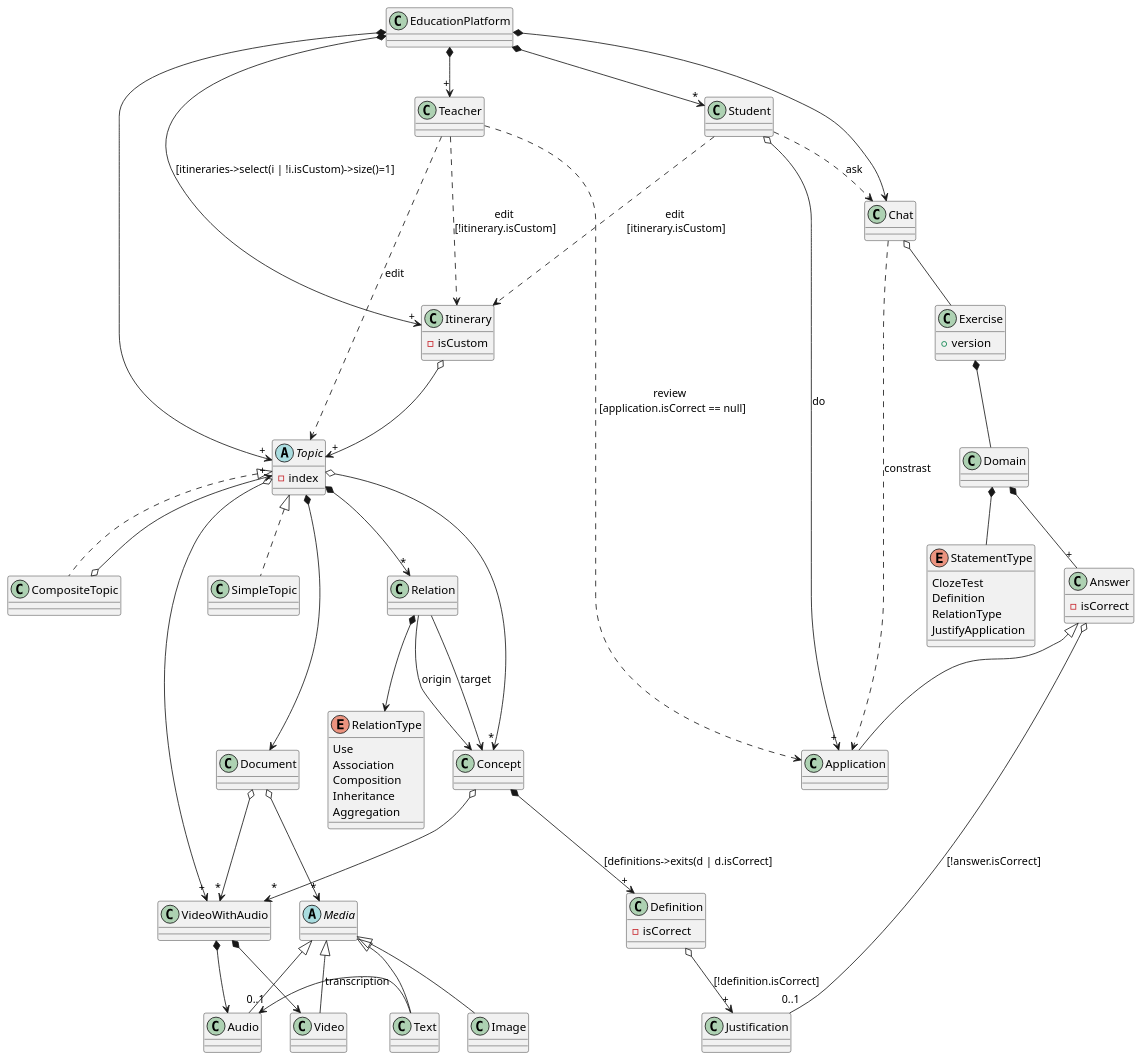
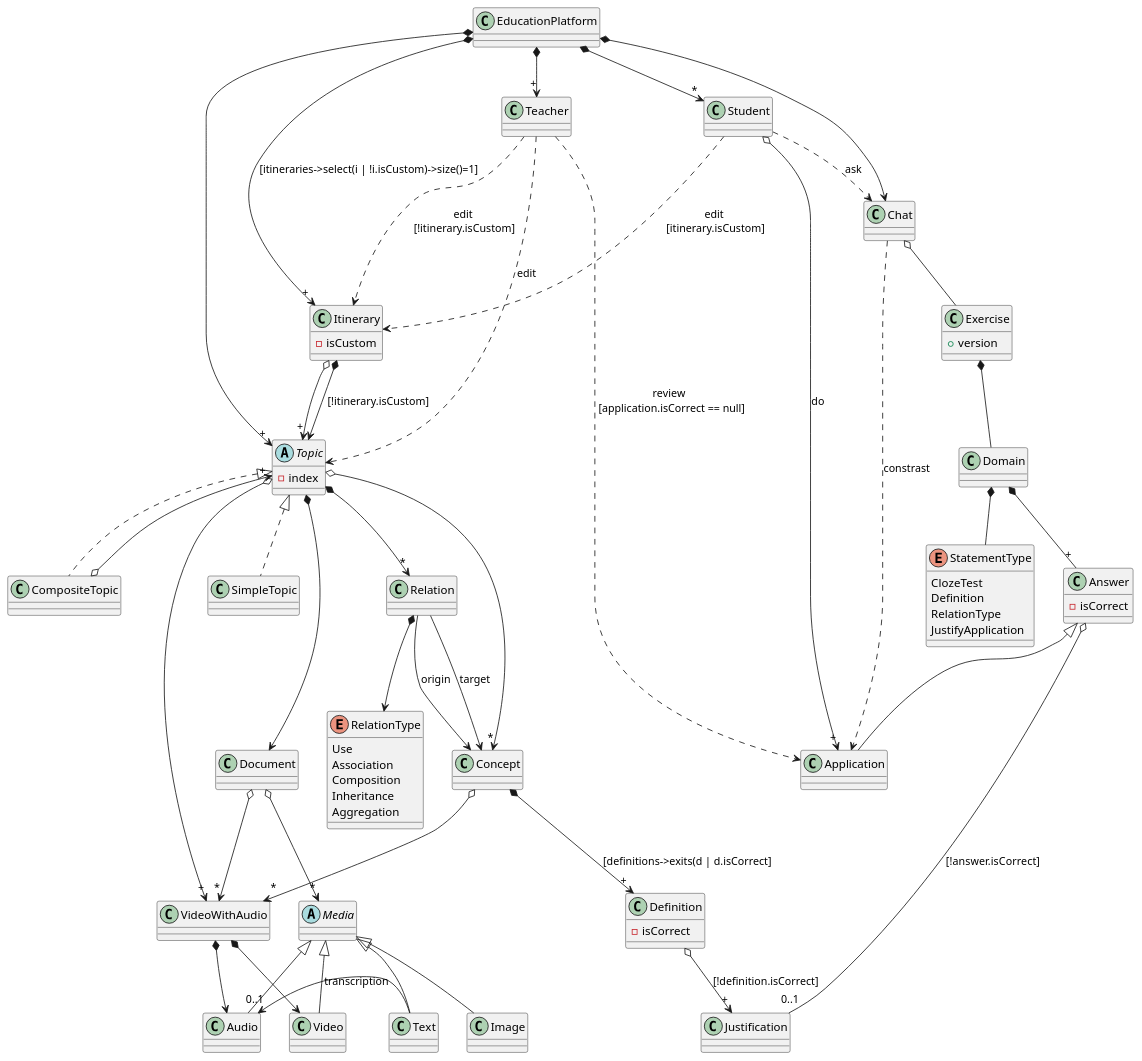
One commit to jumpering/lab-turing changed the diagram in Diagrams/EducationPlatform/DomainJuanpisPerspective.puml. Above: the diagram before and after it, drawn with PlantUML.

```diff
--- a/Diagrams/EducationPlatform/DomainJuanpisPerspective.puml
+++ b/Diagrams/EducationPlatform/DomainJuanpisPerspective.puml
@@ -1,93 +1,95 @@
 @startuml
 
 class Itinerary {
     - isCustom
 }
 
+Itinerary o--> "+" Topic 
+Itinerary *--> Topic:[!itinerary.isCustom]
+'[!itinerary.isCustom.topics->size()=1 \nand topics->first().oclIsTypeOf(CompositeTopic)]
+
 EducationPlatform *--> "+" Teacher
 EducationPlatform *--> "*" Student
 EducationPlatform *--> "+" Topic
 EducationPlatform *--> "+" Itinerary: [itineraries->select(i | !i.isCustom)->size()=1]
 EducationPlatform *--> Chat
-
-Itinerary o--> "+" Topic
 
 class Exercise{
     + version
 }
 Exercise *-- Domain
 
 Domain *-- "+" Answer
 Domain *-- StatementType
 
 enum StatementType{
     ClozeTest
     Definition
     RelationType
     JustifyApplication
 }
 
 class Answer{
     - isCorrect
 }
 Answer o-- "0..1" Justification: [!answer.isCorrect]
 Answer <|-- Application
 
 Teacher ..> Application: review \n [application.isCorrect == null]
 Teacher ..> Topic: edit
 Teacher ...> Itinerary: edit \n[!itinerary.isCustom]
 
 Chat o-- Exercise
 Chat ..> Application: constrast
 
 Student ...> Itinerary: edit \n[itinerary.isCustom]
 Student o--> "+" Application: do
 Student ..> Chat: ask
 
 abstract Topic{
     - index
 }
 Topic <|.. CompositeTopic
 Topic <|.. SimpleTopic
 Topic o--> "*" Concept
 Topic *--> Document
 Topic *--> "*" Relation
 Topic o--> "+" VideoWithAudio
 
 CompositeTopic o--> "+" Topic
 
 Concept *--> "+" Definition: [definitions->exits(d | d.isCorrect]
 Concept o--> "*" VideoWithAudio
 
 Relation --> Concept: origin
 Relation --> Concept: target
 Relation *--> RelationType
 
 enum RelationType {
     Use
     Association
     Composition
     Inheritance
     Aggregation
 } 
 
 class Definition {
     - isCorrect
 }
 Definition o-->"+" Justification: [!definition.isCorrect]
 
 Document o--> "*" VideoWithAudio
 Document o--> "*" Media
 
 VideoWithAudio *--> Audio
 VideoWithAudio *--> Video
 
 abstract Media {}
 Media <|-- Image
 Media <|-- Text
 Media <|-- Audio 
 Media <|-- Video
 
 Text -left-> "0..1" Audio: transcription
 
 @enduml
```
